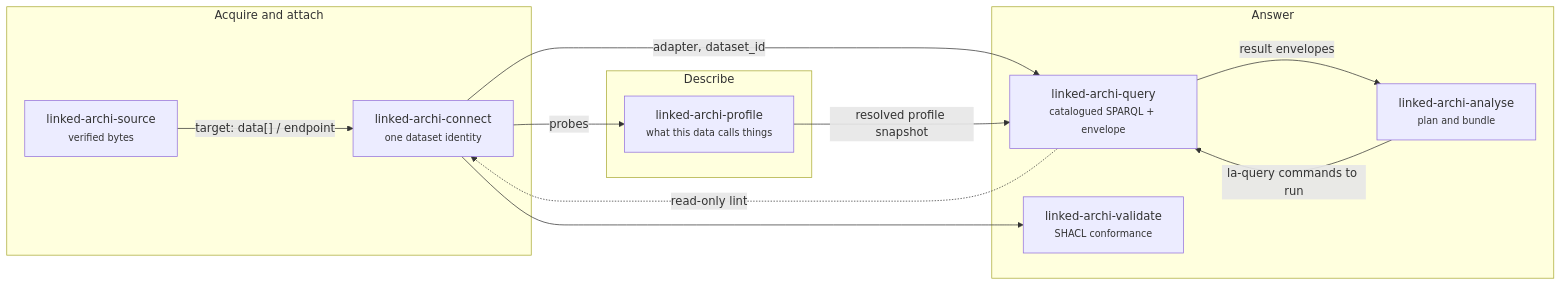
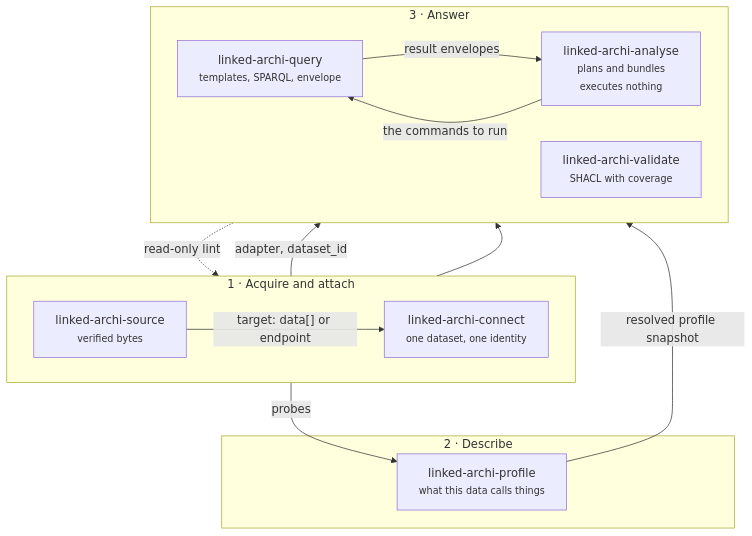
One commit to linked-archi/linked-archi-apm changed the diagram in docs/index.md. Above: the diagram before and after it, drawn with Mermaid. The commit also changed 2 other files, not shown here.

````diff
--- a/docs/index.md
+++ b/docs/index.md
@@ -25,24 +25,28 @@
 ```mermaid
-flowchart LR
-  subgraph acquire["Acquire and attach"]
+flowchart TB
+  subgraph acquire["1 · Acquire and attach"]
+    direction LR
     S["linked-archi-source<br/><small>verified bytes</small>"]
-    C["linked-archi-connect<br/><small>one dataset identity</small>"]
+    C["linked-archi-connect<br/><small>one dataset, one identity</small>"]
+    S -->|"target: data[] or endpoint"| C
   end
-  subgraph describe["Describe"]
+
+  subgraph describe["2 · Describe"]
     P["linked-archi-profile<br/><small>what this data calls things</small>"]
   end
-  subgraph answer["Answer"]
-    Q["linked-archi-query<br/><small>catalogued SPARQL + envelope</small>"]
-    V["linked-archi-validate<br/><small>SHACL conformance</small>"]
-    A["linked-archi-analyse<br/><small>plan and bundle</small>"]
+
+  subgraph answer["3 · Answer"]
+    direction LR
+    Q["linked-archi-query<br/><small>templates, SPARQL, envelope</small>"]
+    A["linked-archi-analyse<br/><small>plans and bundles<br/>executes nothing</small>"]
+    V["linked-archi-validate<br/><small>SHACL with coverage</small>"]
   end
 
-  S -->|"target: data[] / endpoint"| C
-  C -->|"adapter, dataset_id"| Q
   C -->|"probes"| P
   P -->|"resolved profile snapshot"| Q
+  C -->|"adapter, dataset_id"| Q
+  C --> V
   Q -->|"result envelopes"| A
-  A -->|"la-query commands to run"| Q
-  C --> V
+  A -->|"the commands to run"| Q
   Q -.->|"read-only lint"| C
 ```
````
